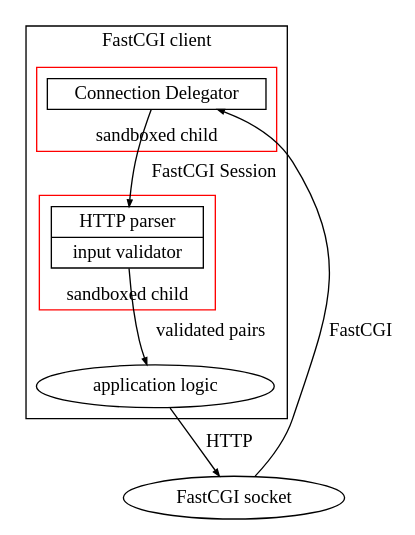
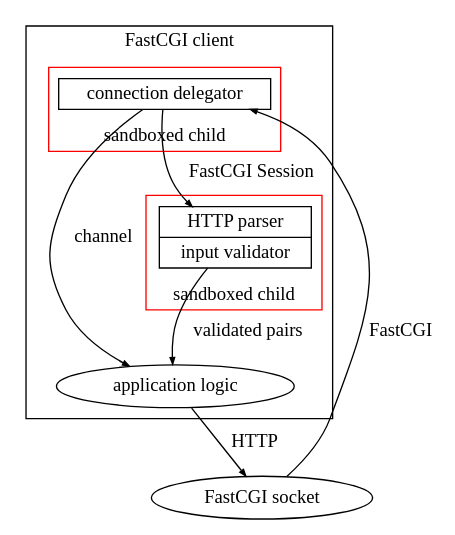
Before and after one commit to kristapsdz/kcgi: the diagram in figure4.dot, drawn with Graphviz. The commit also changed 1 other file, not shown here.

```diff
--- a/figure4.dot
+++ b/figure4.dot
@@ -1,28 +1,29 @@
 digraph {
 	node [shape="ellipse"; width="0"; height="0"; margin="0.05,0.05"];
 	edge [arrowsize="0.5";];
 
 	subgraph cluster0 {
 		color="black";
 		client [label="application logic"];
 		subgraph cluster1 {
 			parser [shape="record"; label="{ HTTP parser | input validator }"];
 			color="red";
 			label="sandboxed child";
 			labelloc="b";
 		}
 		subgraph cluster2 {
-			delegator [shape="record"; label="{ Connection Delegator }"];
+			delegator [shape="record"; label="{ connection delegator }"];
 			color="red";
 			label="sandboxed child";
 			labelloc="b";
 		}
 		label="FastCGI client";
 	}
 	evil [label="FastCGI socket"];
 
+	delegator -> client [label="channel"];
 	delegator -> parser [label="FastCGI Session"];
 	parser -> client [label="validated pairs"];
 	evil -> delegator [label="FastCGI"];
 	client -> evil [label="HTTP"];
 }
```
